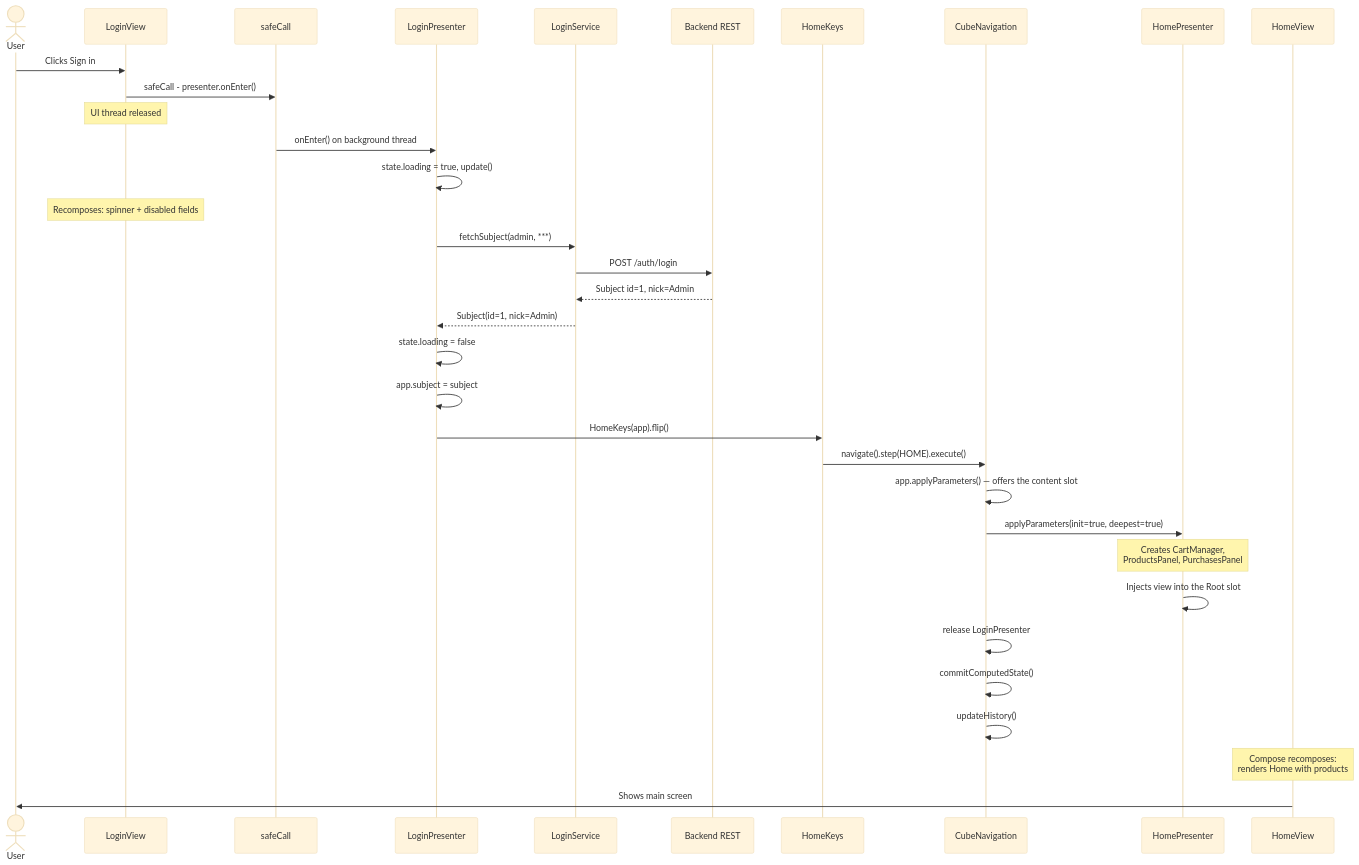
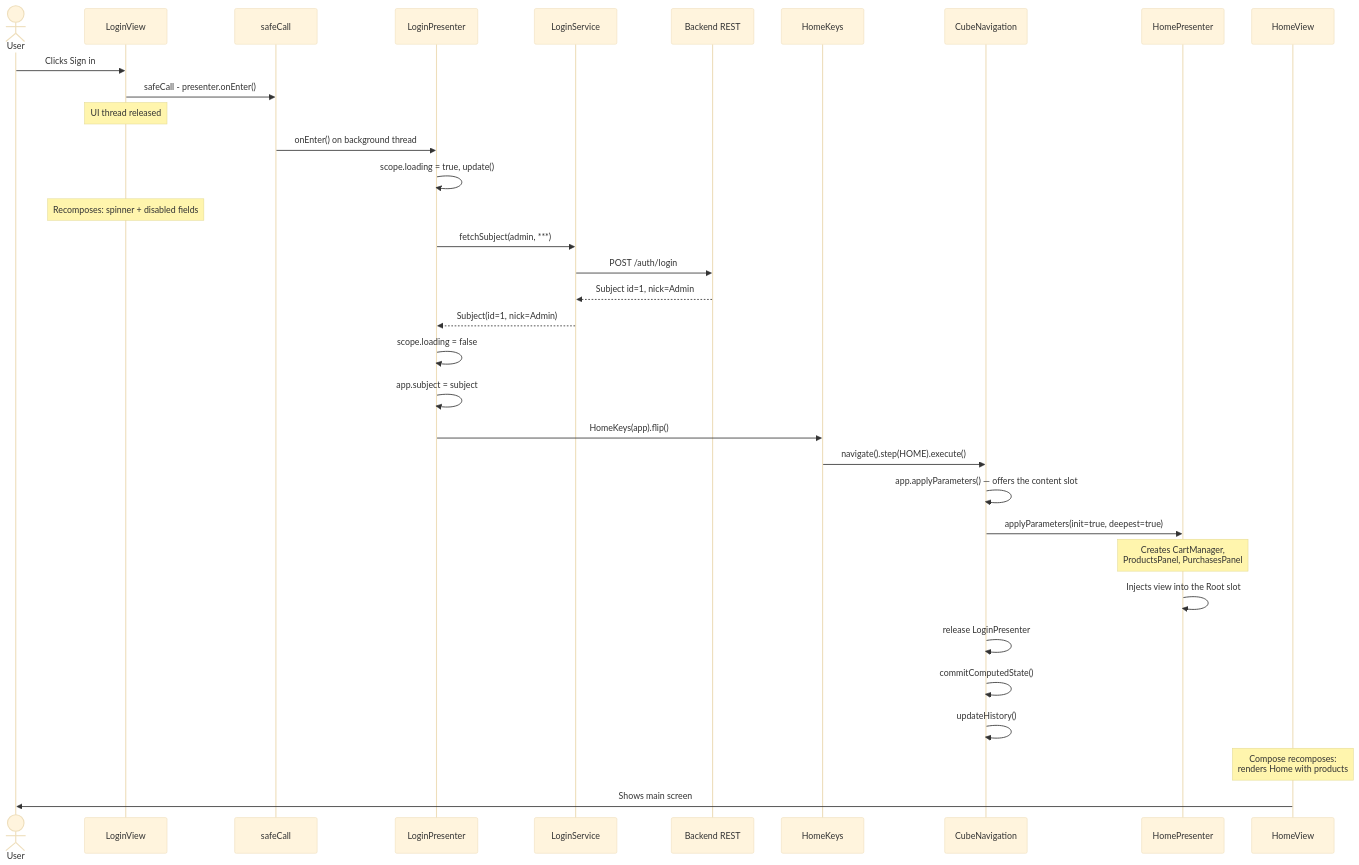
The tenth of 10 diagrams in docs/architecture.md (mrcdom/wdc-cube-kotlin), drawn with Mermaid (base theme) before and after one commit. The commit also changed other lines of this file and 117 other files, not shown here.

````diff
--- a/docs/architecture.md
+++ b/docs/architecture.md
@@ -522,44 +522,44 @@
 ```mermaid
 sequenceDiagram
     actor User as User
     participant LV as LoginView
     participant SC as safeCall
     participant LP as LoginPresenter
     participant LS as LoginService
     participant API as Backend REST
     participant Keys as HomeKeys
     participant Nav as CubeNavigation
     participant HP as HomePresenter
     participant HV as HomeView
 
     User->>LV: Clicks Sign in
     LV->>SC: safeCall - presenter.onEnter()
     Note over LV: UI thread released
 
     SC->>LP: onEnter() on background thread
-    LP->>LP: state.loading = true, update()
+    LP->>LP: scope.loading = true, update()
     Note over LV: Recomposes: spinner + disabled fields
 
     LP->>LS: fetchSubject(admin, ***)
     LS->>API: POST /auth/login
     API-->>LS: Subject id=1, nick=Admin
     LS-->>LP: Subject(id=1, nick=Admin)
 
-    LP->>LP: state.loading = false
+    LP->>LP: scope.loading = false
     LP->>LP: app.subject = subject
 
     LP->>Keys: HomeKeys(app).flip()
     Keys->>Nav: navigate().step(HOME).execute()
 
     Nav->>Nav: app.applyParameters() — offers the content slot
     Nav->>HP: applyParameters(init=true, deepest=true)
     Note over HP: Creates CartManager,<br/>ProductsPanel, PurchasesPanel
     HP->>HP: Injects view into the Root slot
 
     Nav->>Nav: release LoginPresenter
     Nav->>Nav: commitComputedState()
     Nav->>Nav: updateHistory()
 
     Note over HV: Compose recomposes:<br/>renders Home with products
     HV->>User: Shows main screen
 ```
````
